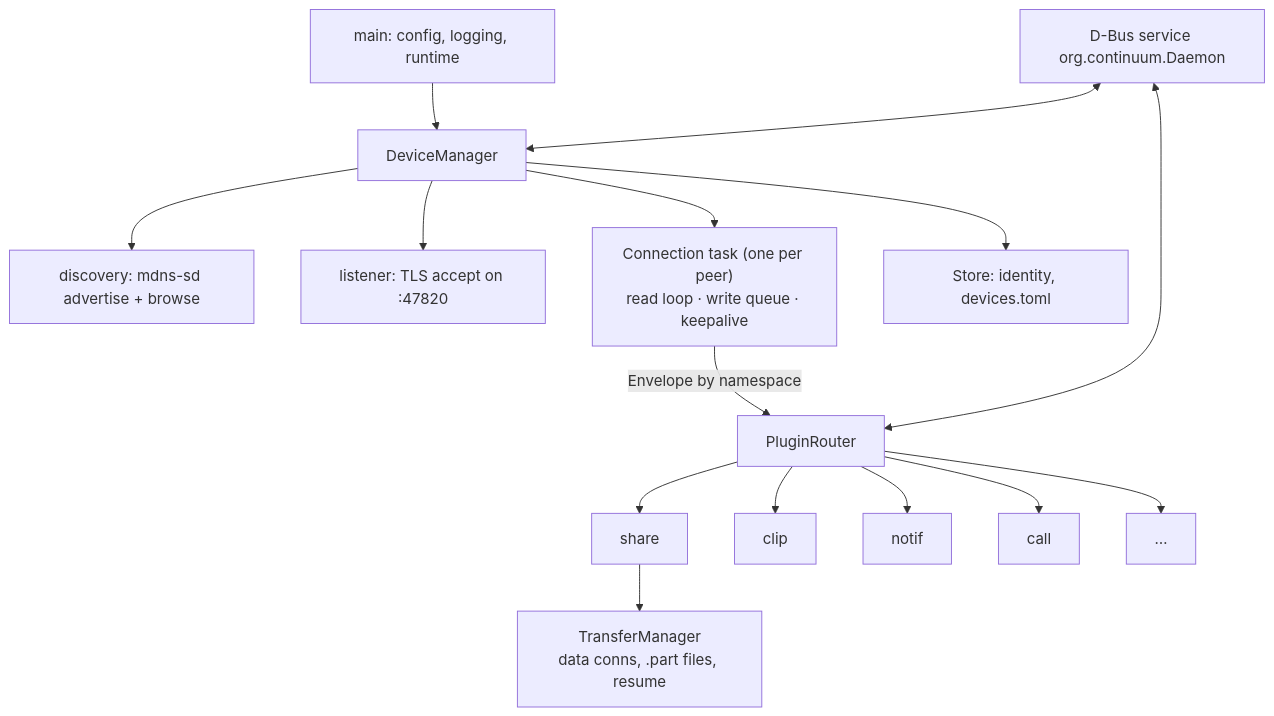
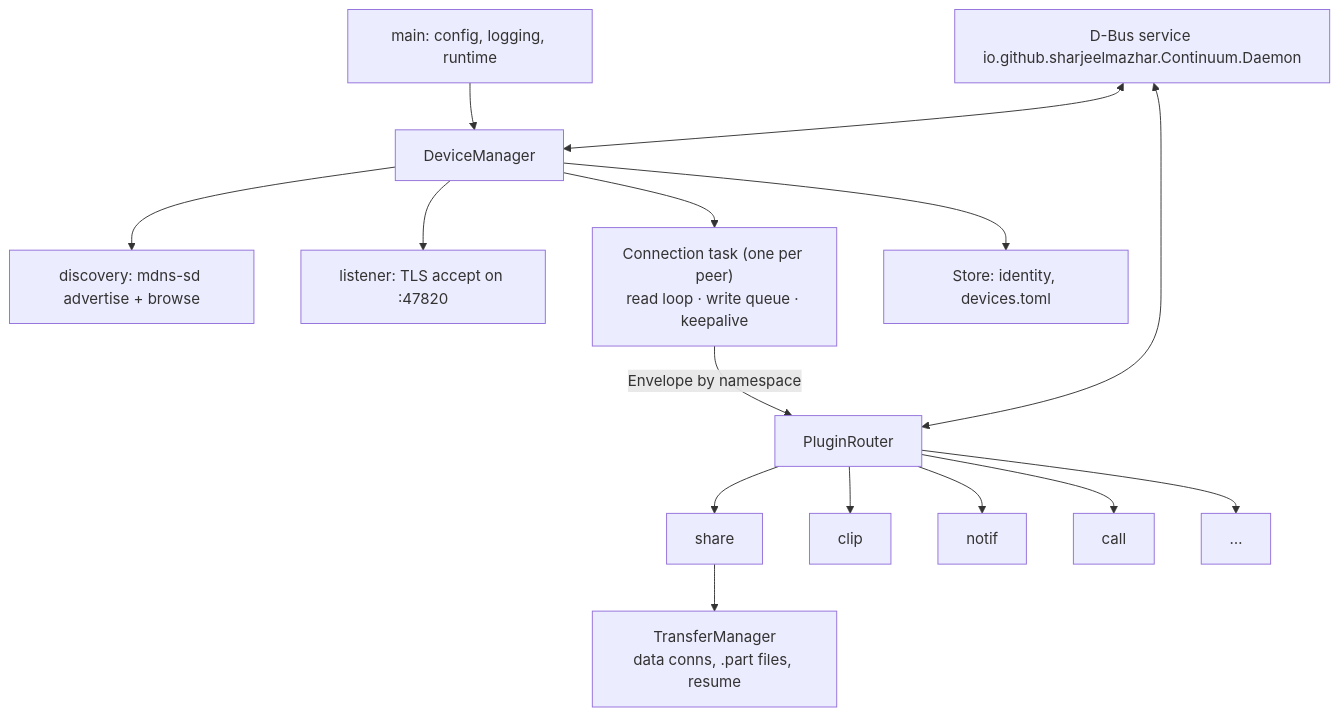
One commit to sharjeelmazhar/continuum changed the diagram in docs/design/02-continuumd.md. Above: the diagram before and after it, drawn with Mermaid. The commit also changed other lines of this file and 14 other files, not shown here.

Commit message:
refactor: use io.github.sharjeelmazhar.Continuum as the app ID (ADR-0013)

````diff
--- a/docs/design/02-continuumd.md
+++ b/docs/design/02-continuumd.md
@@ -10,13 +10,13 @@
 ```mermaid
 flowchart TB
   main[main: config, logging, runtime] --> mgr[DeviceManager]
   mgr --> disc[discovery: mdns-sd advertise + browse]
   mgr --> lst[listener: TLS accept on :47820]
   mgr --> conn["Connection task (one per peer)<br/>read loop · write queue · keepalive"]
   conn -- "Envelope by namespace" --> router[PluginRouter]
   router --> p1[share] & p2[clip] & p3[notif] & p4[call] & p5[…]
   p1 --> xfer[TransferManager<br/>data conns, .part files, resume]
   mgr --> store[Store: identity, devices.toml]
-  dbus[D-Bus service org.continuum.Daemon] <--> mgr
+  dbus[D-Bus service io.github.sharjeelmazhar.Continuum.Daemon] <--> mgr
   dbus <--> router
 ```
````
